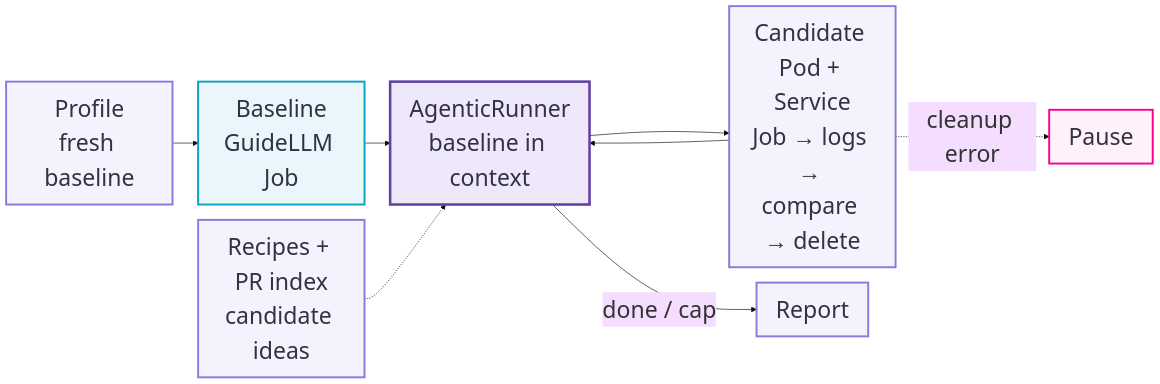
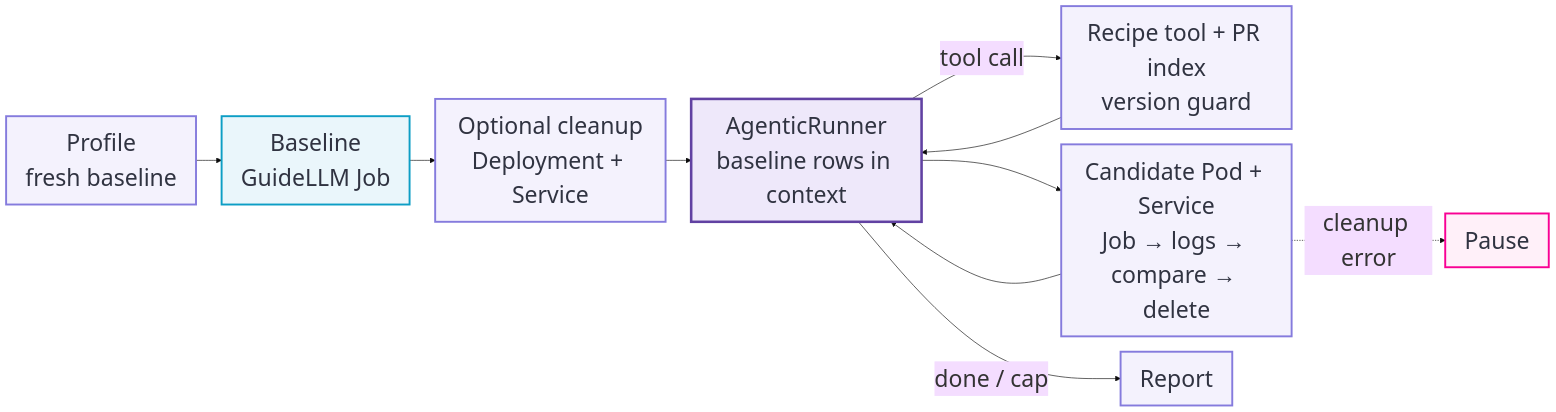
One commit to openshift-psap/auto-tuning-vllm changed the diagram in docs/agentic_tuning_flow.mmd. Above: the diagram before and after it, drawn with Mermaid. The commit also changed 8 other files, not shown here.

```diff
--- a/docs/agentic_tuning_flow.mmd
+++ b/docs/agentic_tuning_flow.mmd
@@ -1,18 +1,20 @@
-%%{init: {"theme":"base","themeVariables":{"fontFamily":"Montserrat, Arial, sans-serif","fontSize":"36px"},"themeCSS":".nodeLabel, .nodeLabel p, .edgeLabel, .edgeLabel p { font-family: Montserrat, Arial, sans-serif !important; }","flowchart":{"nodeSpacing":24,"rankSpacing":40}}}%%
+%%{init: {"theme":"base","themeVariables":{"fontFamily":"Montserrat, Arial, sans-serif","fontSize":"36px"},"themeCSS":".nodeLabel, .nodeLabel p, .edgeLabel, .edgeLabel p { font-family: Montserrat, Arial, sans-serif !important; }","flowchart":{"nodeSpacing":24,"rankSpacing":40,"wrappingWidth":300}}}%%
 flowchart LR
     P["Profile<br/>fresh baseline"] --> B["Baseline<br/>GuideLLM Job"]
-    B --> A["AgenticRunner<br/>baseline in context"]
-    R["Recipes + PR index<br/>candidate ideas"] -.-> A
+    B --> C["Optional cleanup<br/>Deployment + Service"]
+    C --> A["AgenticRunner<br/>baseline rows in context"]
+    A -->|tool call| R["Recipe tool + PR index<br/>version guard"]
+    R --> A
     A --> E["Candidate Pod + Service<br/>Job → logs → compare → delete"]
     E --> A
     E -. cleanup error .-> X["Pause"]
     A -->|done / cap| O["Report"]
 
     classDef config fill:#f4f2fd,stroke:#857bdd,stroke-width:3px,color:#303341;
     classDef job fill:#eaf6fb,stroke:#0d9ec5,stroke-width:3px,color:#303341;
     classDef agent fill:#eee8fa,stroke:#6141a2,stroke-width:4px,color:#303341;
     classDef caution fill:#fff0f9,stroke:#f90094,stroke-width:3px,color:#303341;
-    class P,E,R,O config;
+    class P,C,E,R,O config;
     class B job;
     class A agent;
     class X caution;
```
